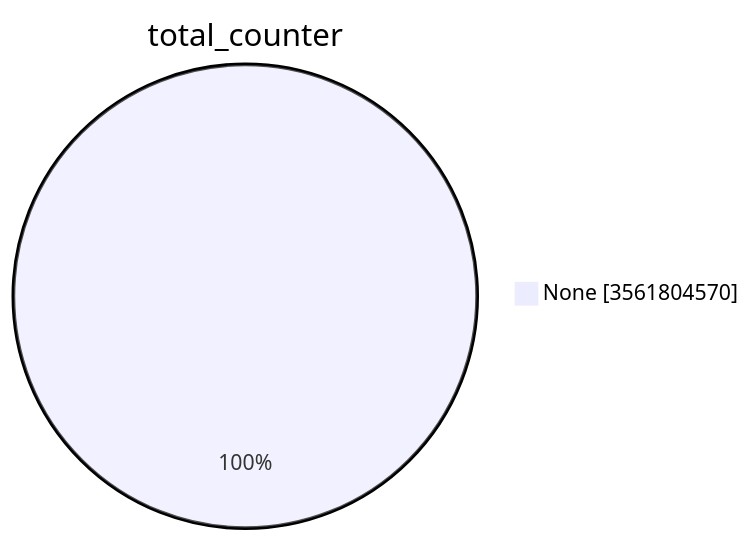
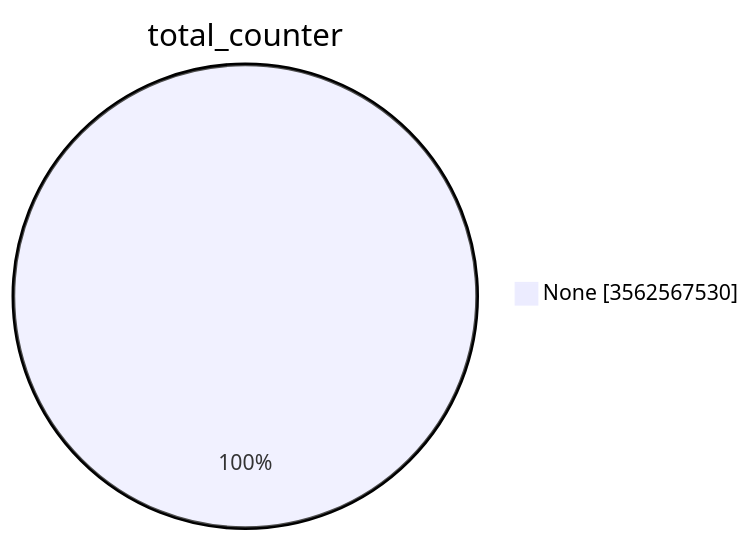
Before and after one commit to christiankrug/ctmonitor_visualization: the first of 15 diagrams in TOTAL/README.md, drawn with Mermaid. The commit also changed other lines of this file, not shown here.

````diff
--- a/TOTAL/README.md
+++ b/TOTAL/README.md
@@ -1,5 +1,5 @@
 ```mermaid
 pie showData
 title total_counter
-"None" :3561804570
+"None" :3562567530
 ```
````
